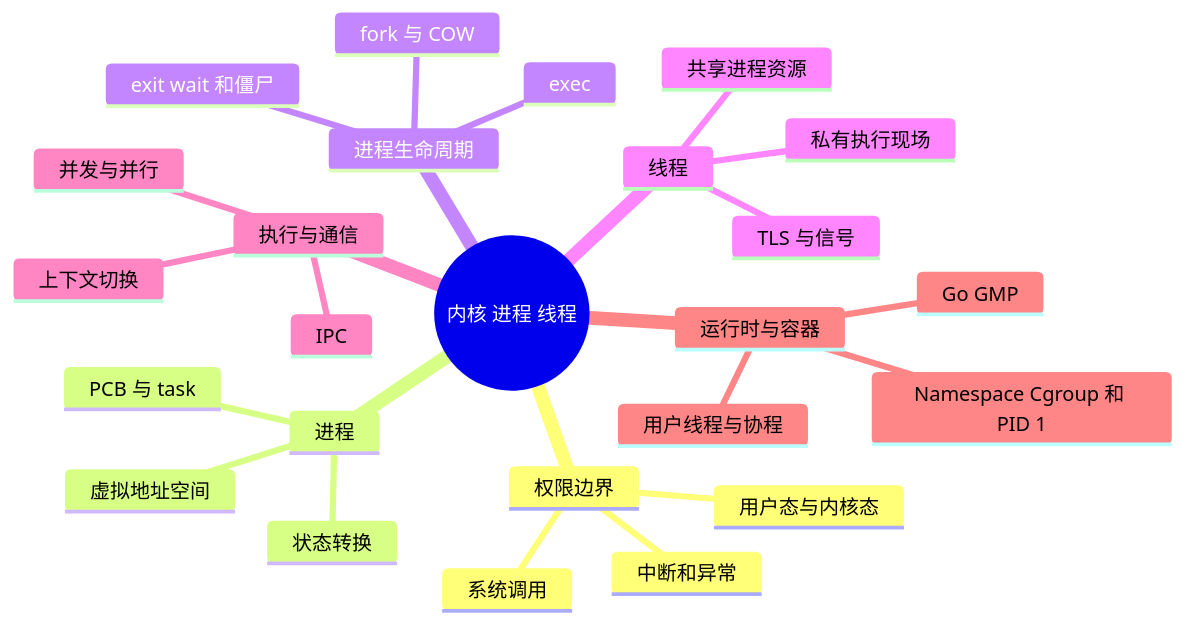
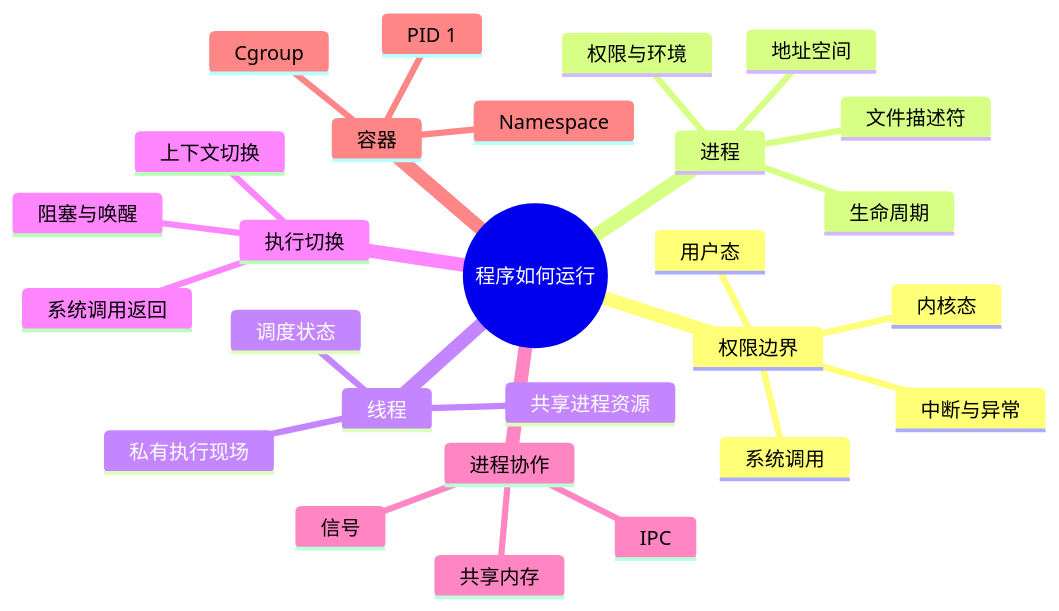
The first of 2 diagrams in 05_interview/fundamentals/cs-core/operating-system/01-kernel-process-thread/index.md (ranxi2001/zero2Leetcode), drawn with Mermaid before and after one commit. The commit also changed other lines of this file and 38 other files, not shown here.

````diff
--- a/05_interview/fundamentals/cs-core/operating-system/01-kernel-process-thread/index.md
+++ b/05_interview/fundamentals/cs-core/operating-system/01-kernel-process-thread/index.md
@@ -17,28 +15,30 @@
 ```mermaid
 mindmap
-  root((内核 进程 线程))
+  root((程序如何运行))
     权限边界
-      用户态与内核态
+      用户态
+      内核态
       系统调用
-      中断和异常
+      中断与异常
     进程
-      PCB 与 task
-      虚拟地址空间
-      状态转换
-    进程生命周期
-      fork 与 COW
-      exec
-      exit wait 和僵尸
+      地址空间
+      文件描述符
+      权限与环境
+      生命周期
     线程
       共享进程资源
       私有执行现场
-      TLS 与信号
-    执行与通信
+      调度状态
+    执行切换
+      系统调用返回
+      阻塞与唤醒
       上下文切换
-      并发与并行
+    进程协作
       IPC
-    运行时与容器
-      用户线程与协程
-      Go GMP
-      Namespace Cgroup 和 PID 1
+      信号
+      共享内存
+    容器
+      Namespace
+      Cgroup
+      PID 1
 ```
````
